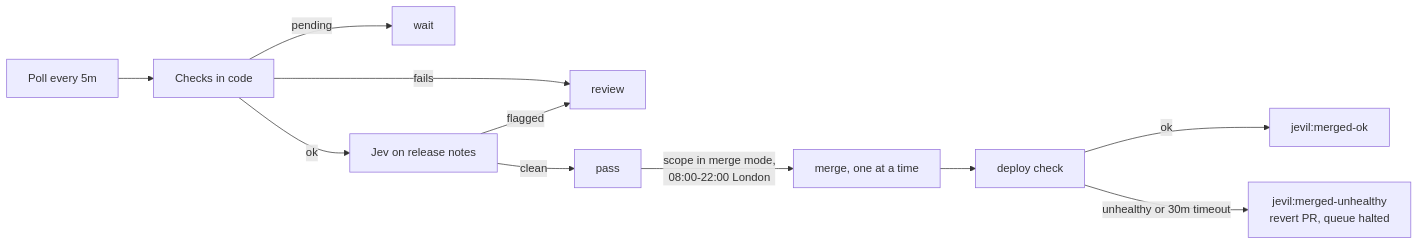
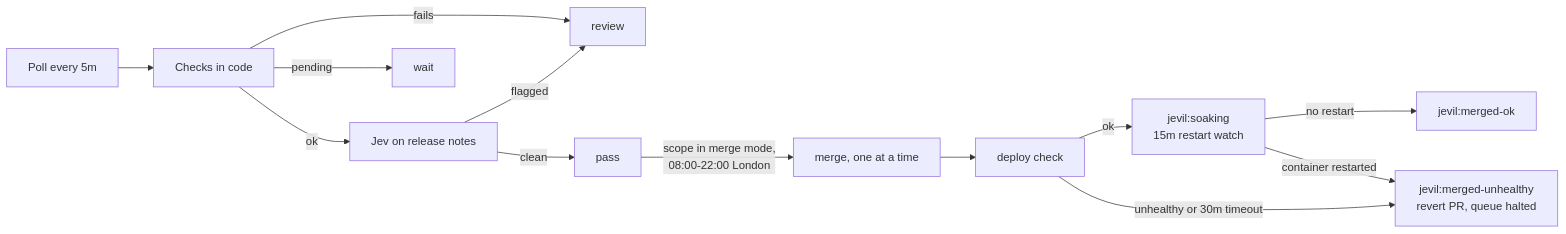
Before and after one commit to member87/home-ops: the diagram in docs/jevil.md, drawn with Mermaid. The commit also changed other lines of this file and 2 other files, not shown here.

First line of the commit message:
feat(jevil): watch every live deploy for container restarts for 15 minutes before the next merge

````diff
--- a/docs/jevil.md
+++ b/docs/jevil.md
@@ -152,13 +152,15 @@
 ```mermaid
 flowchart LR
   P[Poll every 5m] --> D[Checks in code]
   D -->|fails| R[review]
   D -->|pending| W[wait]
   D -->|ok| J[Jev on release notes]
   J -->|flagged| R
   J -->|clean| S[pass]
   S -->|scope in merge mode,<br/>08:00-22:00 London| M[merge, one at a time]
   M --> V[deploy check]
-  V -->|ok| OK[jevil:merged-ok]
+  V -->|ok| SK[jevil:soaking<br/>15m restart watch]
+  SK -->|no restart| OK[jevil:merged-ok]
   V -->|unhealthy or 30m timeout| H[jevil:merged-unhealthy<br/>revert PR, queue halted]
+  SK -->|container restarted| H
 ```
````
